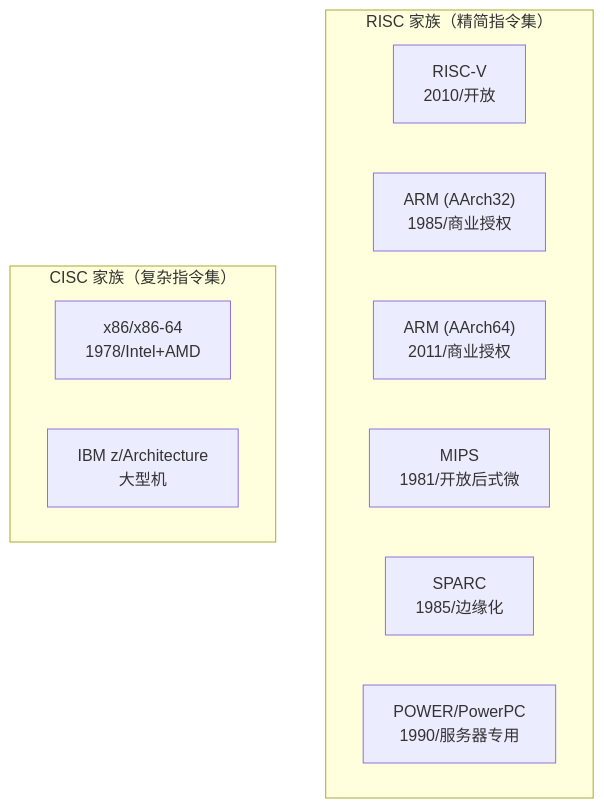
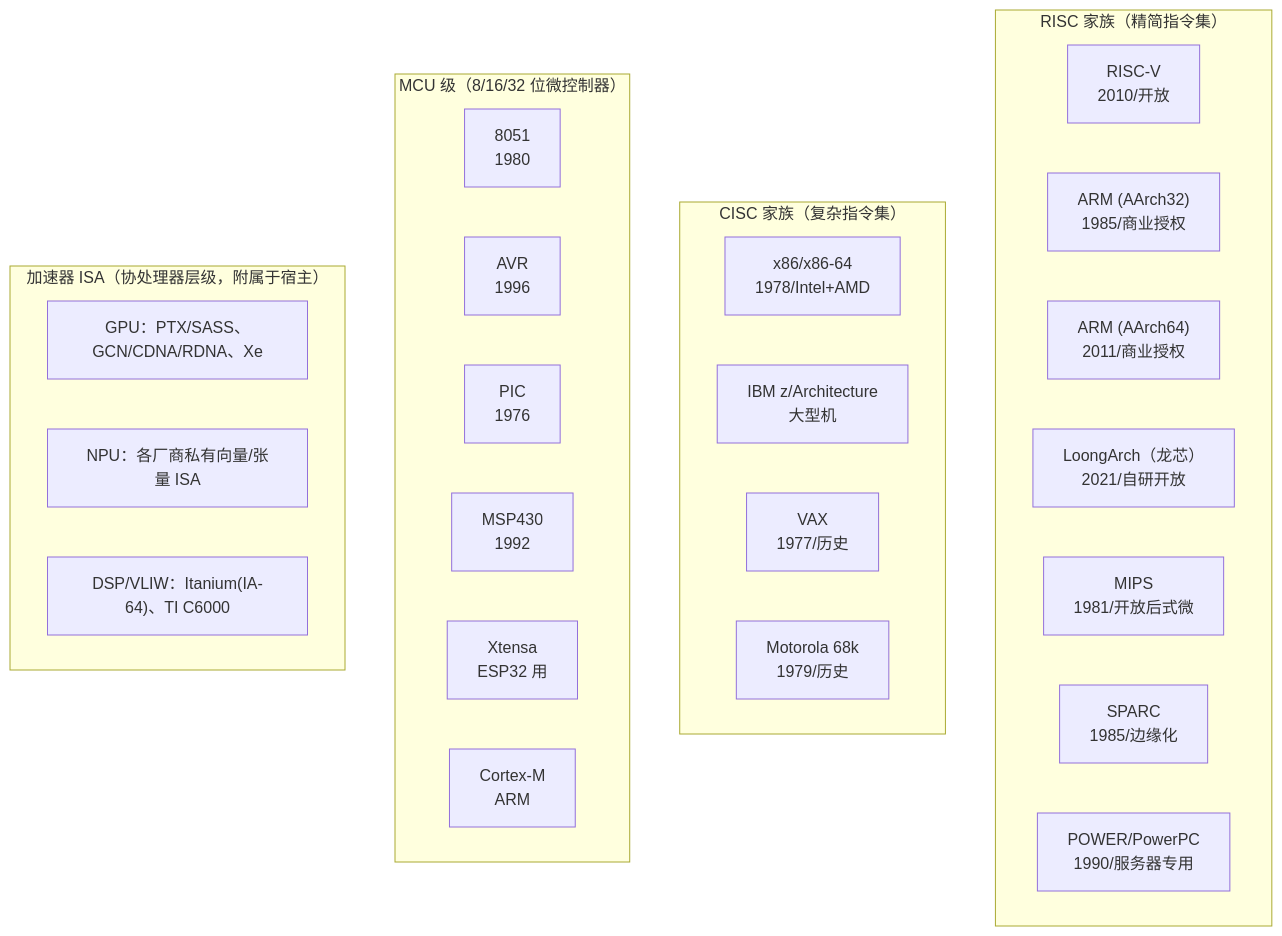
Before and after one commit to CheChc/notes-and-skills: the diagram in notes/计算机系统架构/芯片架构/指令集架构全景：RISC-V、ARM与x86.md, drawn with Mermaid. The commit also changed other lines of this file, not shown here.

Commit message:
全景笔记扩展：LoongArch/C-SKY、MCU 级架构、GPU/NPU 加速器 ISA 与历史架构

````diff
--- a/notes/计算机系统架构/芯片架构/指令集架构全景：RISC-V、ARM与x86.md
+++ b/notes/计算机系统架构/芯片架构/指令集架构全景：RISC-V、ARM与x86.md
@@ -51,15 +51,31 @@
 ```mermaid
 graph TD
     subgraph "RISC 家族（精简指令集）"
         RV["RISC-V<br/>2010/开放"]
         ARM32["ARM (AArch32)<br/>1985/商业授权"]
         A64["ARM (AArch64)<br/>2011/商业授权"]
+        LOONG["LoongArch（龙芯）<br/>2021/自研开放"]
         MIPS["MIPS<br/>1981/开放后式微"]
         SP["SPARC<br/>1985/边缘化"]
         PW["POWER/PowerPC<br/>1990/服务器专用"]
     end
     subgraph "CISC 家族（复杂指令集）"
         X86["x86/x86-64<br/>1978/Intel+AMD"]
         Z["IBM z/Architecture<br/>大型机"]
+        VAX["VAX<br/>1977/历史"]
+        M68K["Motorola 68k<br/>1979/历史"]
+    end
+    subgraph "MCU 级（8/16/32 位微控制器）"
+        M8051["8051<br/>1980"]
+        AVR["AVR<br/>1996"]
+        PIC["PIC<br/>1976"]
+        MSP["MSP430<br/>1992"]
+        XT["Xtensa<br/>ESP32 用"]
+        CM["Cortex-M<br/>ARM"]
+    end
+    subgraph "加速器 ISA（协处理器层级，附属于宿主）"
+        GPU["GPU：PTX/SASS、GCN/CDNA/RDNA、Xe"]
+        NPU["NPU：各厂商私有向量/张量 ISA"]
+        DSP["DSP/VLIW：Itanium(IA-64)、TI C6000"]
     end
 ```
````
